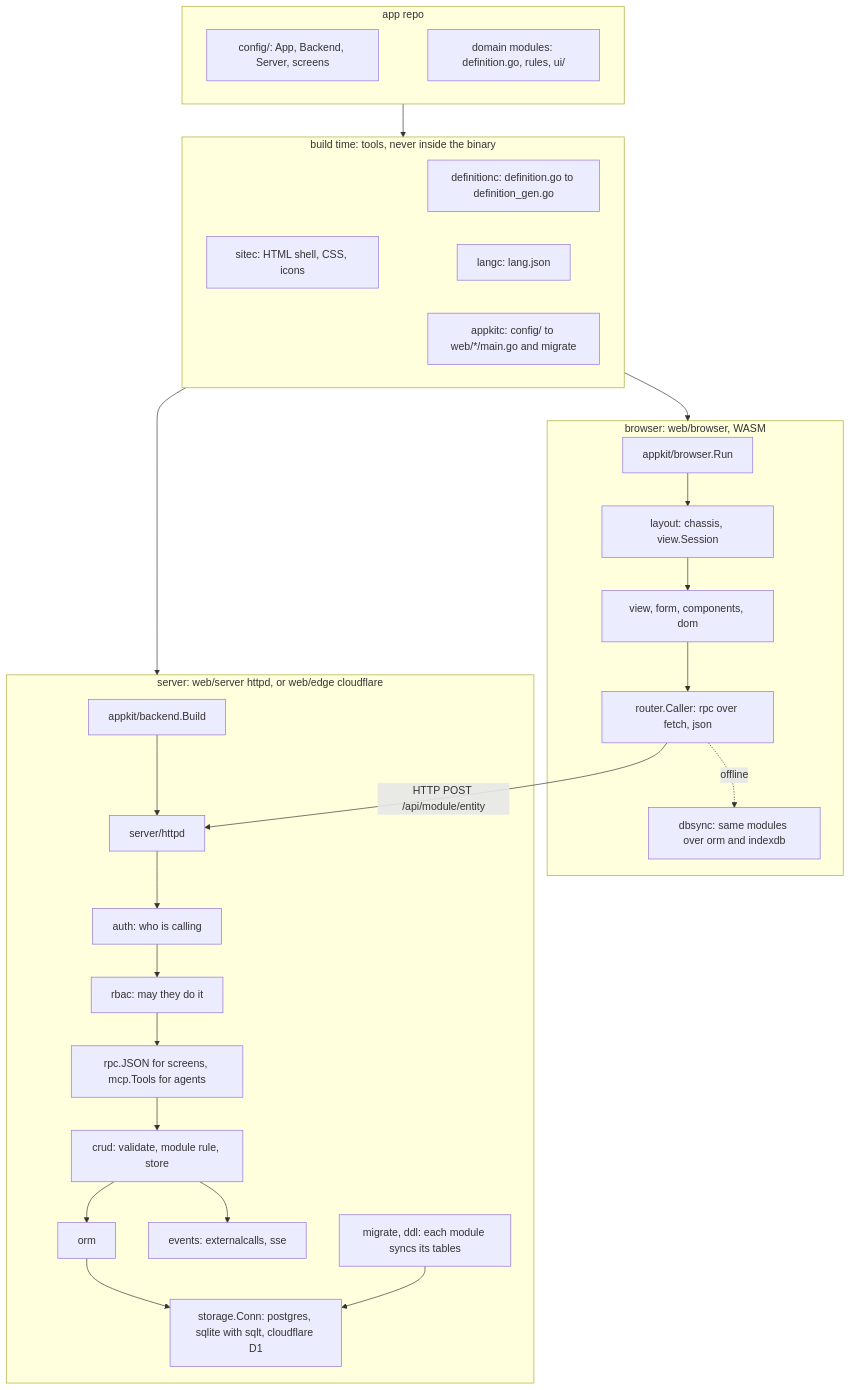
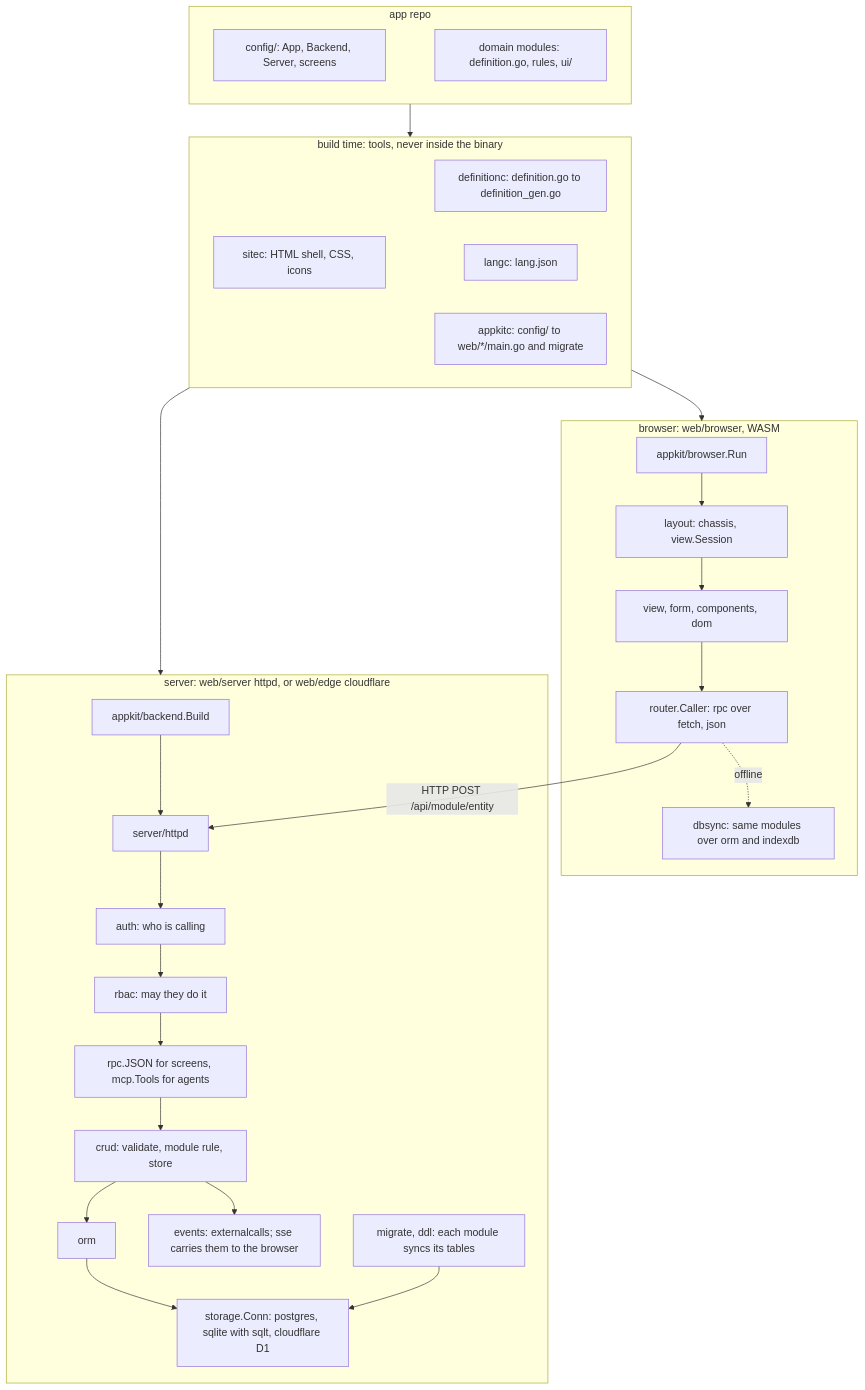
One commit to webtyp/devskills changed the diagram in skills/framework-map/SKILL.md. Above: the diagram before and after it, drawn with Mermaid. The commit also changed other lines of this file, not shown here.

````diff
--- a/skills/framework-map/SKILL.md
+++ b/skills/framework-map/SKILL.md
@@ -12,29 +12,29 @@
 ```mermaid
 flowchart TD
     subgraph Build[build time: tools, never inside the binary]
         definitionc[definitionc: definition.go to definition_gen.go]
         appkitc[appkitc: config/ to web/*/main.go and migrate]
         sitec[sitec: HTML shell, CSS, icons] ~~~ langc[langc: lang.json]
     end
     subgraph AppRepo[app repo]
         config[config/: App, Backend, Server, screens] ~~~ modules[domain modules: definition.go, rules, ui/]
     end
     subgraph Browser[browser: web/browser, WASM]
         run[appkit/browser.Run] --> layout[layout: chassis, view.Session] --> screens[view, form, components, dom]
         screens --> caller[router.Caller: rpc over fetch, json]
         caller -.offline.-> local[dbsync: same modules over orm and indexdb]
     end
     subgraph Server[server: web/server httpd, or web/edge cloudflare]
         kit[appkit/backend.Build] --> httpd[server/httpd]
         httpd --> authn[auth: who is calling] --> gate[rbac: may they do it]
         gate --> api[rpc.JSON for screens, mcp.Tools for agents]
         api --> crud[crud: validate, module rule, store]
         crud --> orm[orm] --> storage[storage.Conn: postgres, sqlite with sqlt, cloudflare D1]
-        crud --> events[events: externalcalls, sse]
+        crud --> events[events: externalcalls; sse carries them to the browser]
         migrate[migrate, ddl: each module syncs its tables] --> storage
     end
     caller -->|HTTP POST /api/module/entity| httpd
     AppRepo --> Build
     Build --> Browser
     Build --> Server
 ```
````
